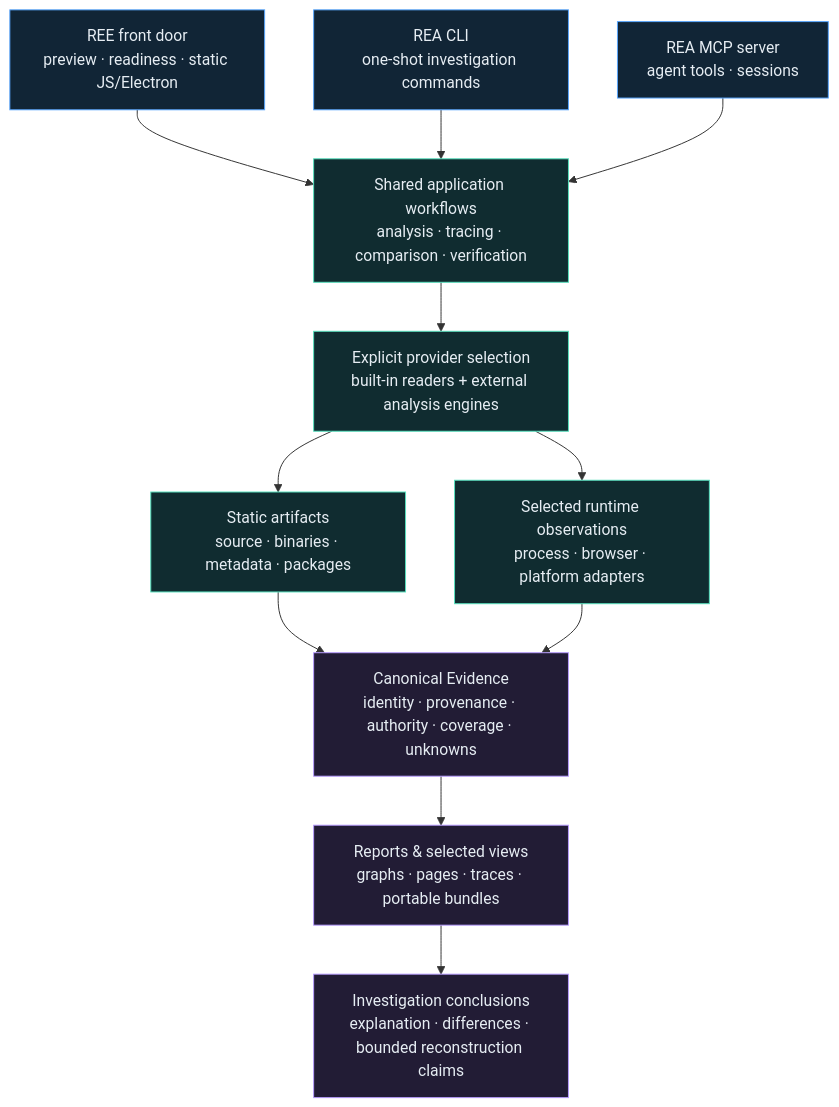
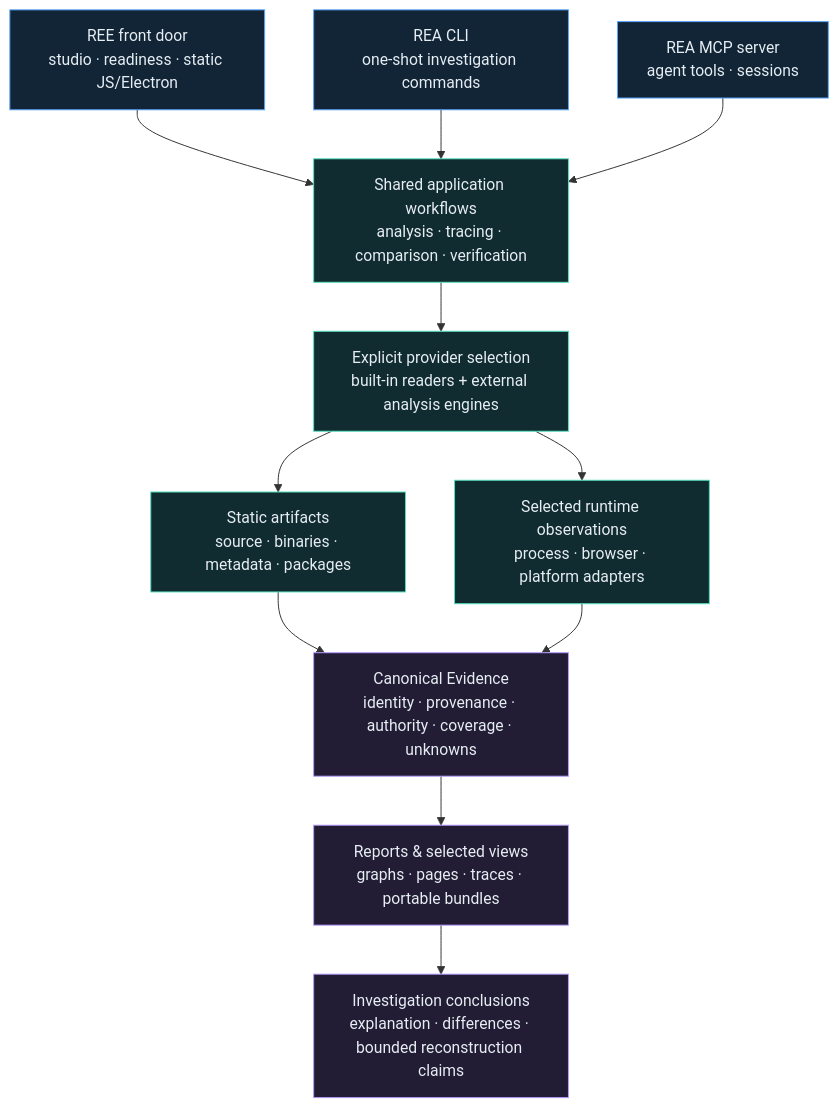
Before and after one commit to gryszzz/reverse-engineer-everything: the diagram in README.md, drawn with Mermaid. The commit also changed other lines of this file and 5 other files, not shown here.

First line of the commit message:
docs(ree): describe the studio and record the baseline

````diff
--- a/README.md
+++ b/README.md
@@ -164,29 +190,29 @@
 ```mermaid
 flowchart TB
-    REE["REE front door<br/>preview · readiness · static JS/Electron"]
+    REE["REE front door<br/>studio · readiness · static JS/Electron"]
     CLI["REA CLI<br/>one-shot investigation commands"]
     MCP["REA MCP server<br/>agent tools · sessions"]
     WORK["Shared application workflows<br/>analysis · tracing · comparison · verification"]
     ROUTE["Explicit provider selection<br/>built-in readers + external analysis engines"]
     STATIC["Static artifacts<br/>source · binaries · metadata · packages"]
     RUNTIME["Selected runtime observations<br/>process · browser · platform adapters"]
     EVIDENCE["Canonical Evidence<br/>identity · provenance · authority · coverage · unknowns"]
     VIEWS["Reports & selected views<br/>graphs · pages · traces · portable bundles"]
     CLAIMS["Investigation conclusions<br/>explanation · differences · bounded reconstruction claims"]
     REE --> WORK
     CLI --> WORK
     MCP --> WORK
     WORK --> ROUTE
     ROUTE --> STATIC
     ROUTE --> RUNTIME
     STATIC --> EVIDENCE
     RUNTIME --> EVIDENCE
     EVIDENCE --> VIEWS
     VIEWS --> CLAIMS
     classDef entry fill:#112536,stroke:#58a6ff,color:#e6edf3
     classDef core fill:#102c30,stroke:#56e0bd,color:#e6edf3
     classDef result fill:#221c35,stroke:#b79cff,color:#e6edf3
     class REE,CLI,MCP entry
     class WORK,ROUTE,STATIC,RUNTIME core
     class EVIDENCE,VIEWS,CLAIMS result
 ```
````
